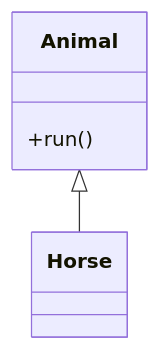
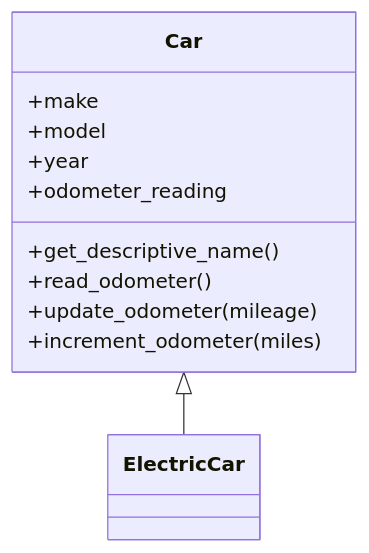
Before and after one commit to hughxusu/lesson-py: the first of 4 diagrams in c-class/2-特性.md, drawn with Mermaid. The commit also changed other lines of this file, not shown here.

````diff
--- a/c-class/2-特性.md
+++ b/c-class/2-特性.md
@@ -35,7 +49,14 @@
 ```mermaid
 classDiagram
-    Animal <|-- Horse
-    class Animal {
-    	+run()
+    Car <|-- ElectricCar
+    class Car {
+    	+make
+    	+model
+    	+year
+    	+odometer_reading
+    	+get_descriptive_name()
+    	+read_odometer()
+    	+update_odometer(mileage)
+    	+increment_odometer(miles)
     }
 ```
````
